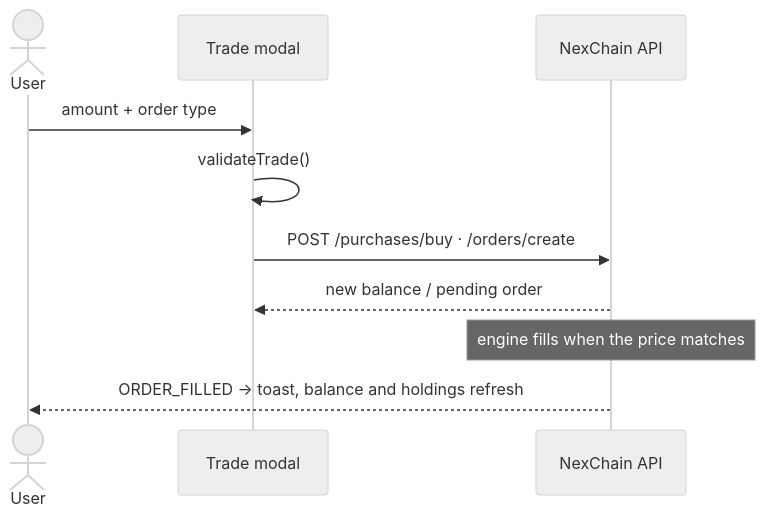
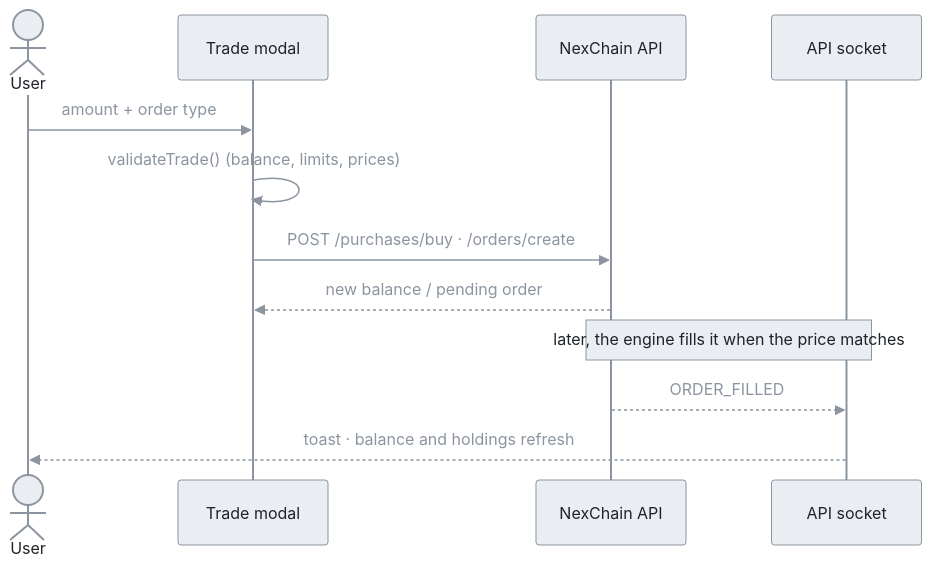
One commit to Arjunsathia/NexChain-FE changed the fifth of 6 diagrams in README.md. Above: the diagram before and after it, drawn with Mermaid. The commit also changed other lines of this file and 7 other files, not shown here.

````diff
--- a/README.md
+++ b/README.md
@@ -135,13 +230,15 @@
 ```mermaid
-%%{init: {'theme':'neutral'}}%%
+%%{init: {"theme":"base","themeVariables":{"primaryColor":"#eaeef2","primaryTextColor":"#1f2328","primaryBorderColor":"#8c959f","secondaryColor":"#eaeef2","tertiaryColor":"#f6f8fa","lineColor":"#8c959f","textColor":"#57606a","edgeLabelBackground":"#eaeef2","clusterBkg":"#f6f8fa","clusterBorder":"#d0d7de","titleColor":"#57606a","signalColor":"#8c959f","signalTextColor":"#8c959f","actorBkg":"#eaeef2","actorBorder":"#8c959f","actorTextColor":"#1f2328","actorLineColor":"#8c959f","noteBkgColor":"#eaeef2","noteTextColor":"#1f2328","noteBorderColor":"#8c959f","labelBoxBkgColor":"#eaeef2","labelBoxBorderColor":"#8c959f","labelTextColor":"#1f2328","loopTextColor":"#8c959f","sequenceNumberColor":"#ffffff"}}}%%
 sequenceDiagram
     actor U as User
     participant TM as Trade modal
     participant API as NexChain API
+    participant WS as API socket
     U->>TM: amount + order type
-    TM->>TM: validateTrade()
+    TM->>TM: validateTrade() (balance, limits, prices)
     TM->>API: POST /purchases/buy · /orders/create
     API-->>TM: new balance / pending order
-    Note over API: engine fills when the price matches
-    API-->>U: ORDER_FILLED → toast, balance and holdings refresh
+    Note over API,WS: later, the engine fills it when the price matches
+    API-->>WS: ORDER_FILLED
+    WS-->>U: toast · balance and holdings refresh
 ```
````
